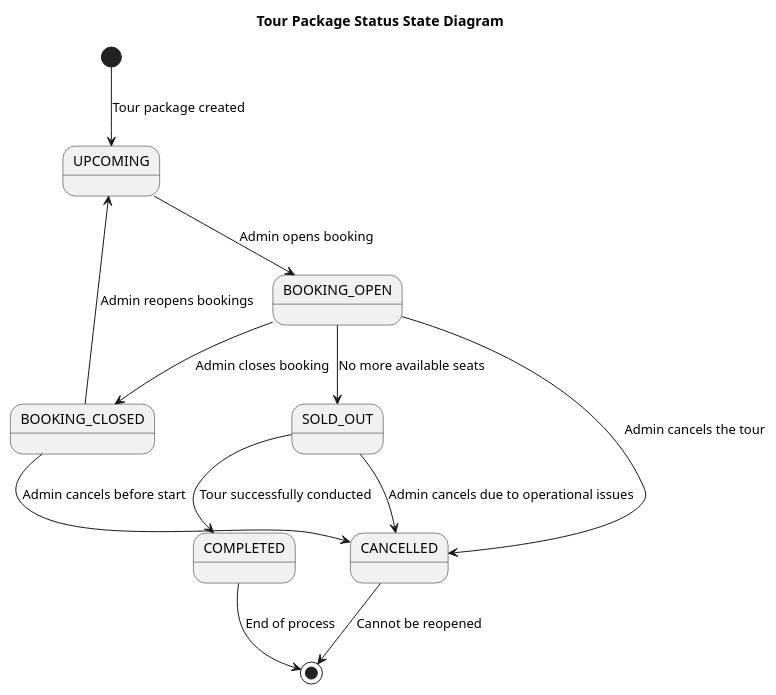
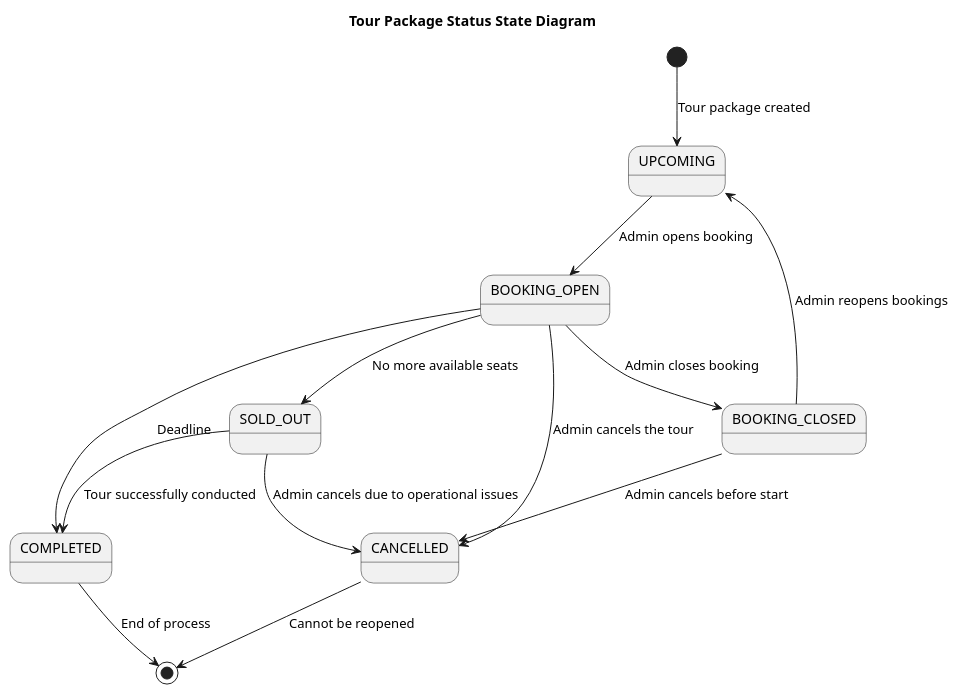
The diagram in diagrams/Sprint4/Packages/StateTransitionPackages.puml (Hares-2088/TravelTrove), drawn with PlantUML before and after one commit. The commit also changed 16 other files, not shown here.

```diff
--- a/diagrams/Sprint4/Packages/StateTransitionPackages.puml
+++ b/diagrams/Sprint4/Packages/StateTransitionPackages.puml
@@ -1,21 +1,22 @@
 @startuml
 title Tour Package Status State Diagram
 
 [*] --> UPCOMING : Tour package created
 
 UPCOMING --> BOOKING_OPEN : Admin opens booking
 BOOKING_OPEN --> SOLD_OUT : No more available seats
+BOOKING_OPEN --> COMPLETED : Deadline
 BOOKING_OPEN --> BOOKING_CLOSED : Admin closes booking
 BOOKING_OPEN --> CANCELLED : Admin cancels the tour
 
 SOLD_OUT --> CANCELLED : Admin cancels due to operational issues
 SOLD_OUT --> COMPLETED : Tour successfully conducted
 
 BOOKING_CLOSED --> CANCELLED : Admin cancels before start
 BOOKING_CLOSED --> UPCOMING : Admin reopens bookings
 
 CANCELLED --> [*] : Cannot be reopened
 
 COMPLETED --> [*] : End of process
 
 @enduml
```
